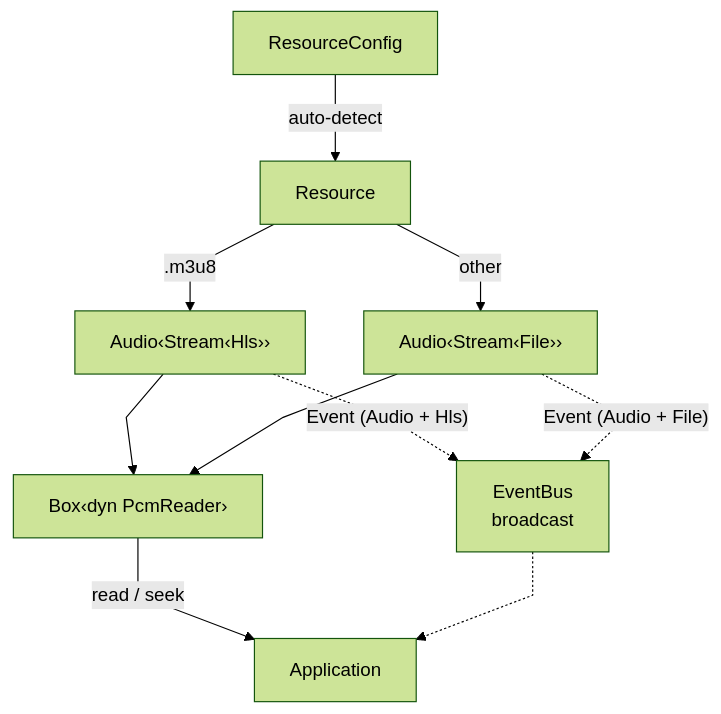
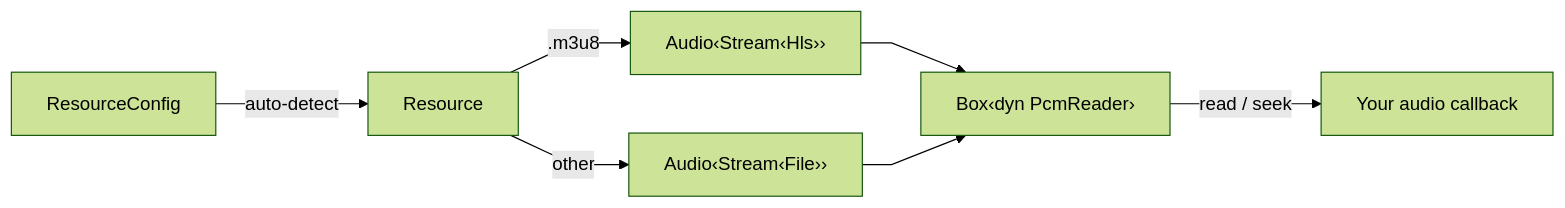
Before and after one commit to zvuk/kithara: the diagram in crates/kithara/README.md, drawn with Mermaid (forest theme). The commit also changed other lines of this file and 440 other files, not shown here.

````diff
--- a/crates/kithara/README.md
+++ b/crates/kithara/README.md
@@ -34,16 +52,10 @@
 ```mermaid
 %%{init: {"flowchart": {"curve": "linear"}} }%%
-flowchart TD
+flowchart LR
     RC[ResourceConfig] -->|auto-detect| R[Resource]
     R -->|".m3u8"| AH["Audio‹Stream‹Hls››"]
     R -->|other| AF["Audio‹Stream‹File››"]
-
     AH --> PR["Box‹dyn PcmReader›"]
     AF --> PR
-
-    PR -->|"read / seek"| APP[Application]
-
-    AH -. "Event (Audio + Hls)" .-> EV[EventBus<br/>broadcast]
-    AF -. "Event (Audio + File)" .-> EV
-    EV -.-> APP
+    PR -->|"read / seek"| APP[Your audio callback]
 ```
````
